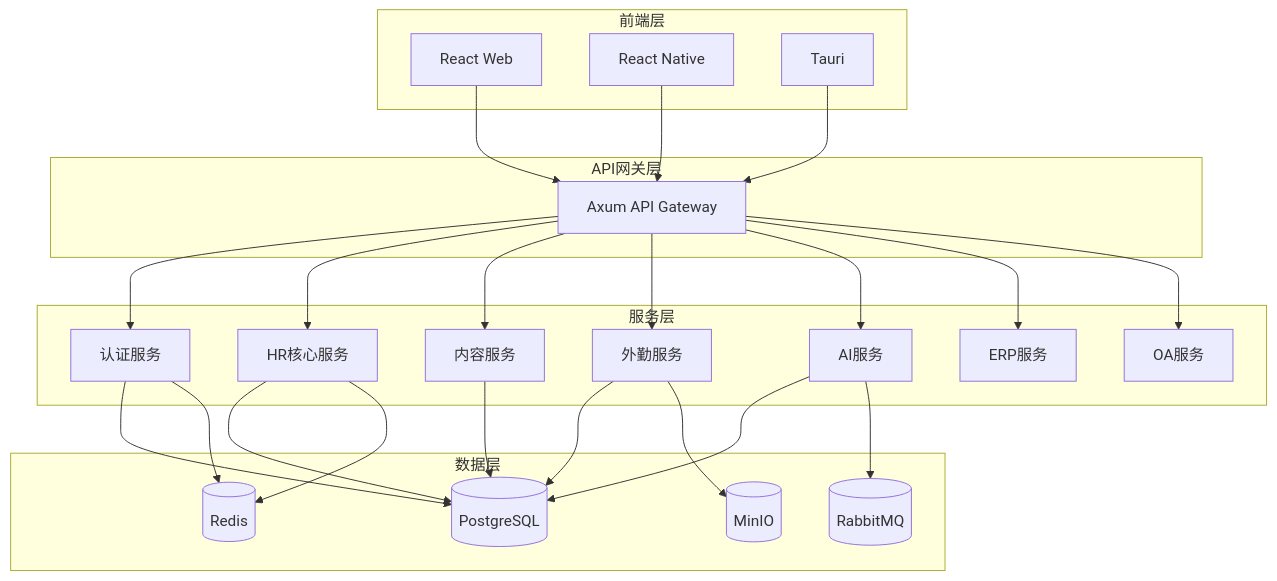
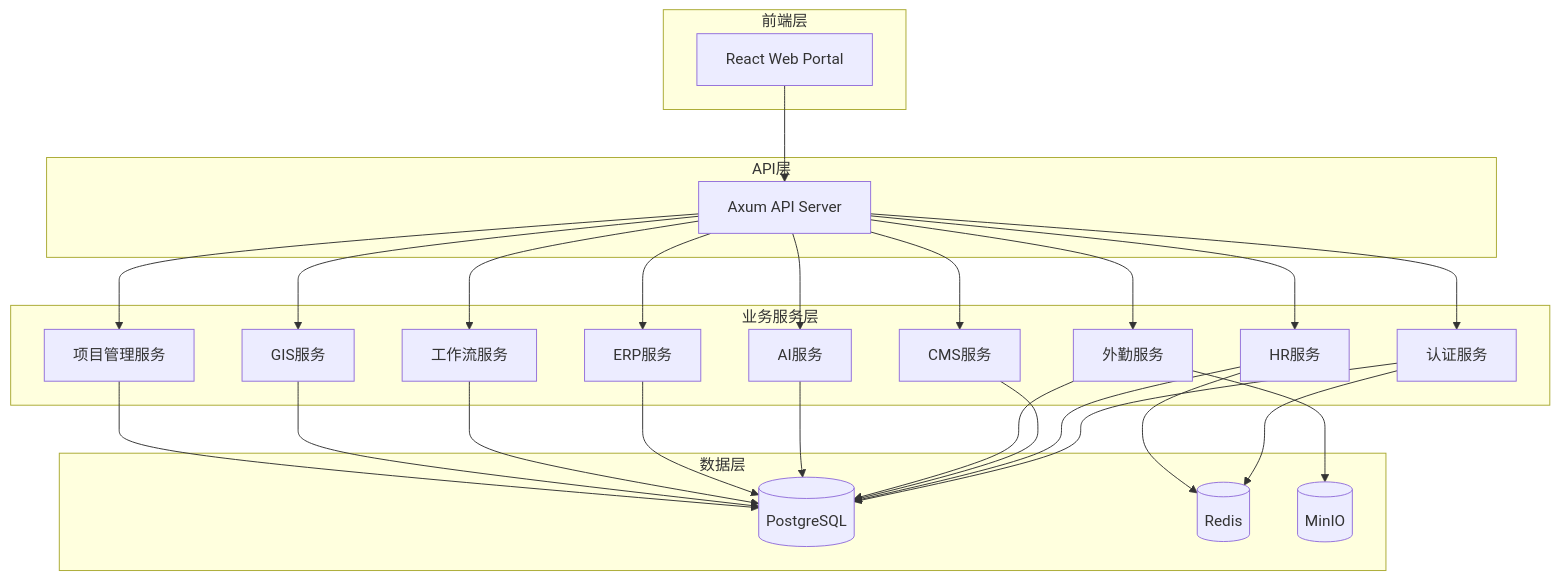
Before and after one commit to paulwy/POMP: the first of 3 diagrams in docs/ems_implementation_plan.md, drawn with Mermaid. The commit also changed other lines of this file and 3 other files, not shown here.

````diff
--- a/docs/ems_implementation_plan.md
+++ b/docs/ems_implementation_plan.md
@@ -36,52 +65,54 @@
 ```mermaid
 flowchart TD
     subgraph 前端层
-        WebApp[React Web]
-        MobileApp[React Native]
-        DesktopApp[Tauri]
+        WebApp[React Web Portal]
     end
     
-    subgraph API网关层
-        APIGateway[Axum API Gateway]
+    subgraph API层
+        APIServer[Axum API Server]
     end
     
-    subgraph 服务层
+    subgraph 业务服务层
         AuthService[认证服务]
-        HRService[HR核心服务]
-        CMSService[内容服务]
+        HRService[HR服务]
+        CMSService[CMS服务]
         FieldService[外勤服务]
         AIService[AI服务]
         ERPService[ERP服务]
-        OAService[OA服务]
+        WorkflowService[工作流服务]
+        GISService[GIS服务]
+        ProjectService[项目管理服务]
     end
     
     subgraph 数据层
         DB[(PostgreSQL)]
         Cache[(Redis)]
         Storage[(MinIO)]
-        MQ[(RabbitMQ)]
     end
     
-    WebApp --> APIGateway
-    MobileApp --> APIGateway
-    DesktopApp --> APIGateway
+    WebApp --> APIServer
     
-    APIGateway --> AuthService
-    APIGateway --> HRService
-    APIGateway --> CMSService
-    APIGateway --> FieldService
-    APIGateway --> AIService
-    APIGateway --> ERPService
-    APIGateway --> OAService
+    APIServer --> AuthService
+    APIServer --> HRService
+    APIServer --> CMSService
+    APIServer --> FieldService
+    APIServer --> AIService
+    APIServer --> ERPService
+    APIServer --> WorkflowService
+    APIServer --> GISService
+    APIServer --> ProjectService
     
     AuthService --> DB
     HRService --> DB
     CMSService --> DB
     FieldService --> DB
     FieldService --> Storage
     AIService --> DB
-    AIService --> MQ
+    ERPService --> DB
+    WorkflowService --> DB
+    GISService --> DB
+    ProjectService --> DB
     
     AuthService --> Cache
     HRService --> Cache
 ```
````
